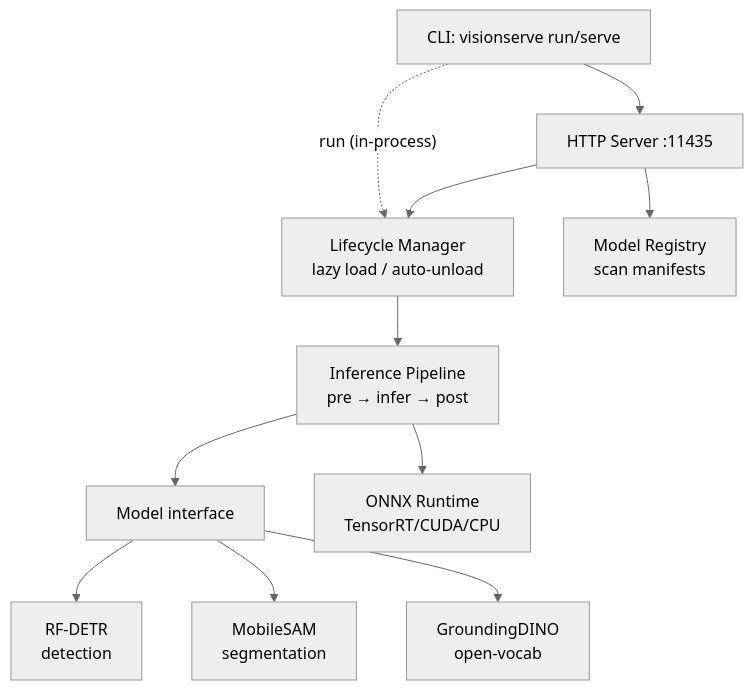
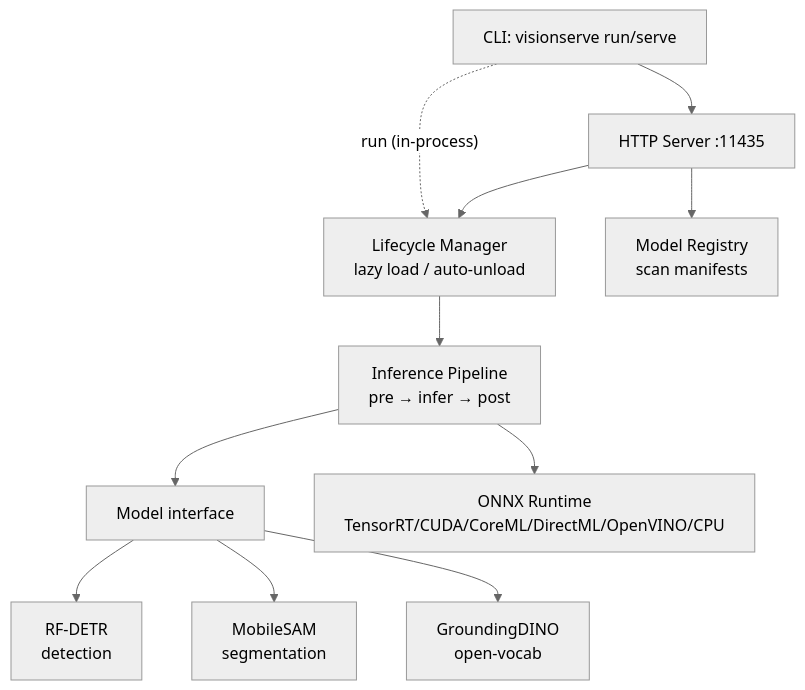
One commit to mtbui2010/vision_serve changed the first of 2 diagrams in docs/architecture.md. Above: the diagram before and after it, drawn with Mermaid (neutral theme). The commit also changed other lines of this file and 34 other files, not shown here.

````diff
--- a/docs/architecture.md
+++ b/docs/architecture.md
@@ -10,13 +10,13 @@
 ```mermaid
 flowchart TD
     CLI[CLI: visionserve run/serve] --> Server[HTTP Server :11435]
     CLI -. "run (in-process)" .-> Lifecycle
     Server --> Registry[Model Registry<br/>scan manifests]
     Server --> Lifecycle[Lifecycle Manager<br/>lazy load / auto-unload]
     Lifecycle --> Pipeline[Inference Pipeline<br/>pre → infer → post]
     Pipeline --> ModelIf[Model interface]
     ModelIf --> RFDETR[RF-DETR<br/>detection]
     ModelIf --> SAM[MobileSAM<br/>segmentation]
     ModelIf --> GDINO[GroundingDINO<br/>open-vocab]
-    Pipeline --> ORT[ONNX Runtime<br/>TensorRT/CUDA/CPU]
+    Pipeline --> ORT[ONNX Runtime<br/>TensorRT/CUDA/CoreML/DirectML/OpenVINO/CPU]
 ```
````
